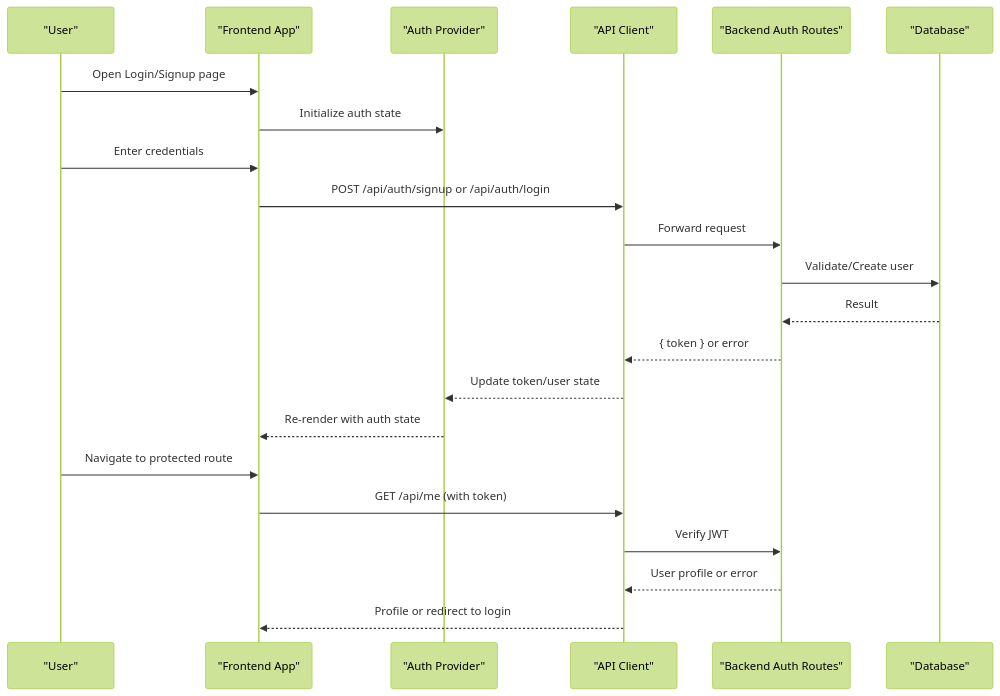
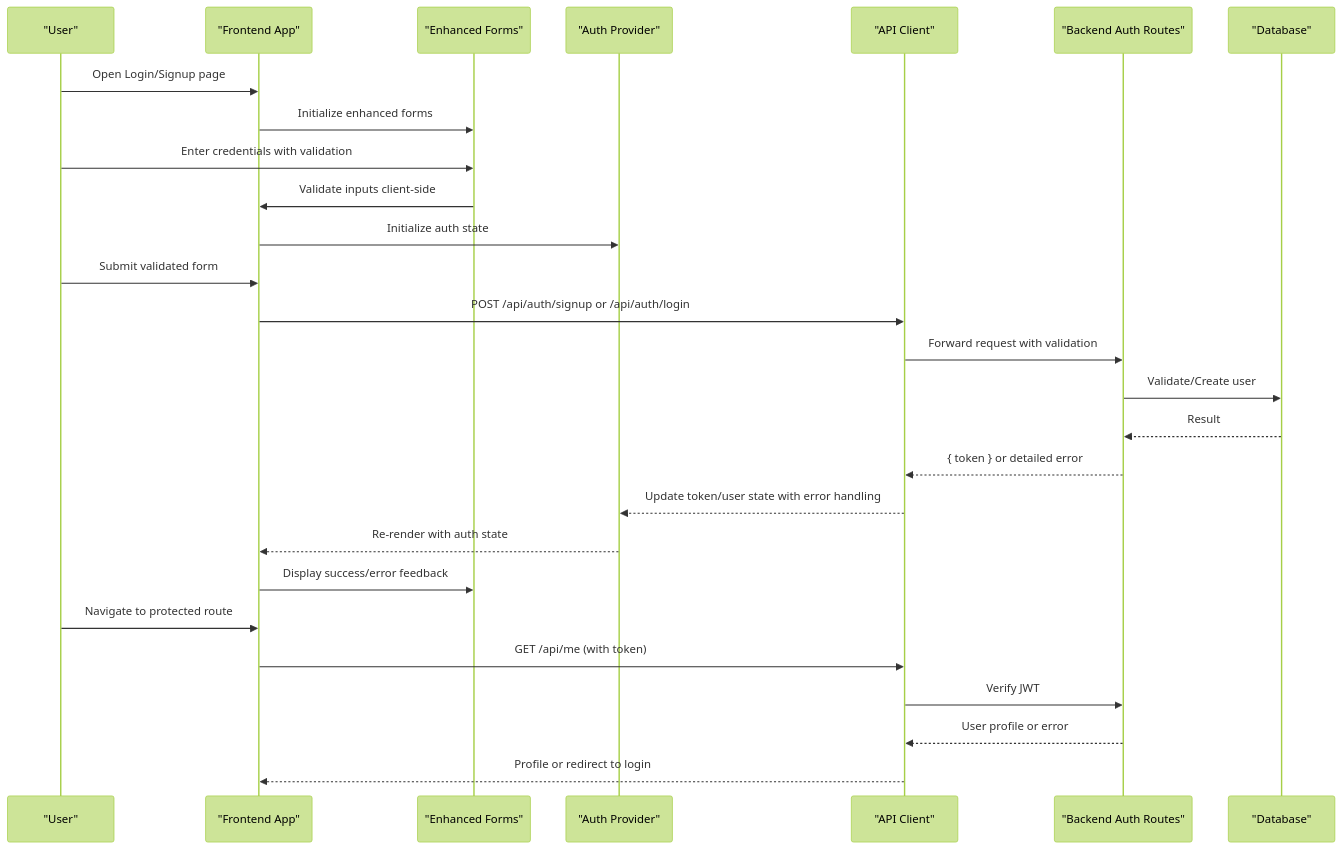
The second of 6 diagrams in .qoder/repowiki/en/content/Core Concepts/Authentication System.md (HassanAmeer/cheaprouter), drawn with Mermaid (forest theme) before and after one commit. The commit also changed other lines of this file and 54 other files, not shown here.

````diff
--- a/.qoder/repowiki/en/content/Core Concepts/Authentication System.md
+++ b/.qoder/repowiki/en/content/Core Concepts/Authentication System.md
@@ -108,24 +133,29 @@
 ```mermaid
 sequenceDiagram
 participant User as "User"
 participant FE as "Frontend App"
+participant Form as "Enhanced Forms"
 participant AuthProv as "Auth Provider"
 participant API as "API Client"
 participant BE as "Backend Auth Routes"
 participant DB as "Database"
 User->>FE : Open Login/Signup page
+FE->>Form : Initialize enhanced forms
+User->>Form : Enter credentials with validation
+Form->>FE : Validate inputs client-side
 FE->>AuthProv : Initialize auth state
-User->>FE : Enter credentials
+User->>FE : Submit validated form
 FE->>API : POST /api/auth/signup or /api/auth/login
-API->>BE : Forward request
+API->>BE : Forward request with validation
 BE->>DB : Validate/Create user
 DB-->>BE : Result
-BE-->>API : { token } or error
-API-->>AuthProv : Update token/user state
+BE-->>API : { token } or detailed error
+API-->>AuthProv : Update token/user state with error handling
 AuthProv-->>FE : Re-render with auth state
+FE->>Form : Display success/error feedback
 User->>FE : Navigate to protected route
 FE->>API : GET /api/me (with token)
 API->>BE : Verify JWT
 BE-->>API : User profile or error
 API-->>FE : Profile or redirect to login
 ```
````
